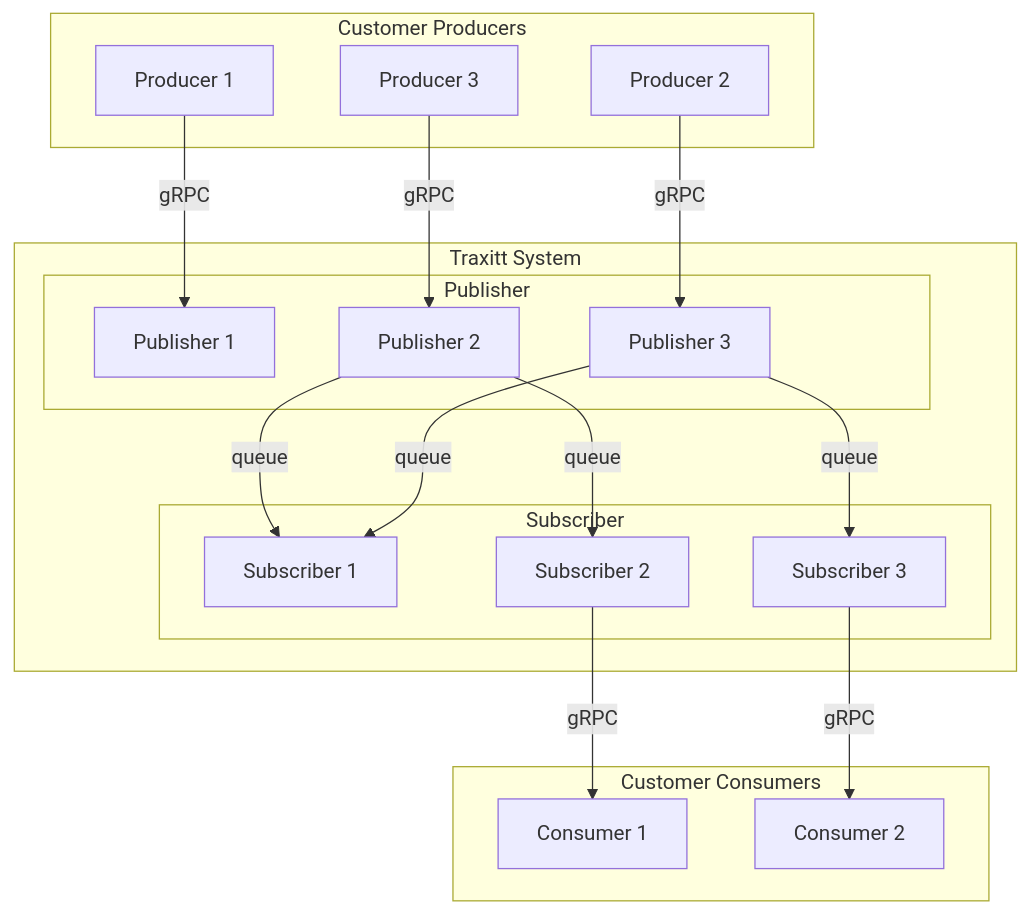
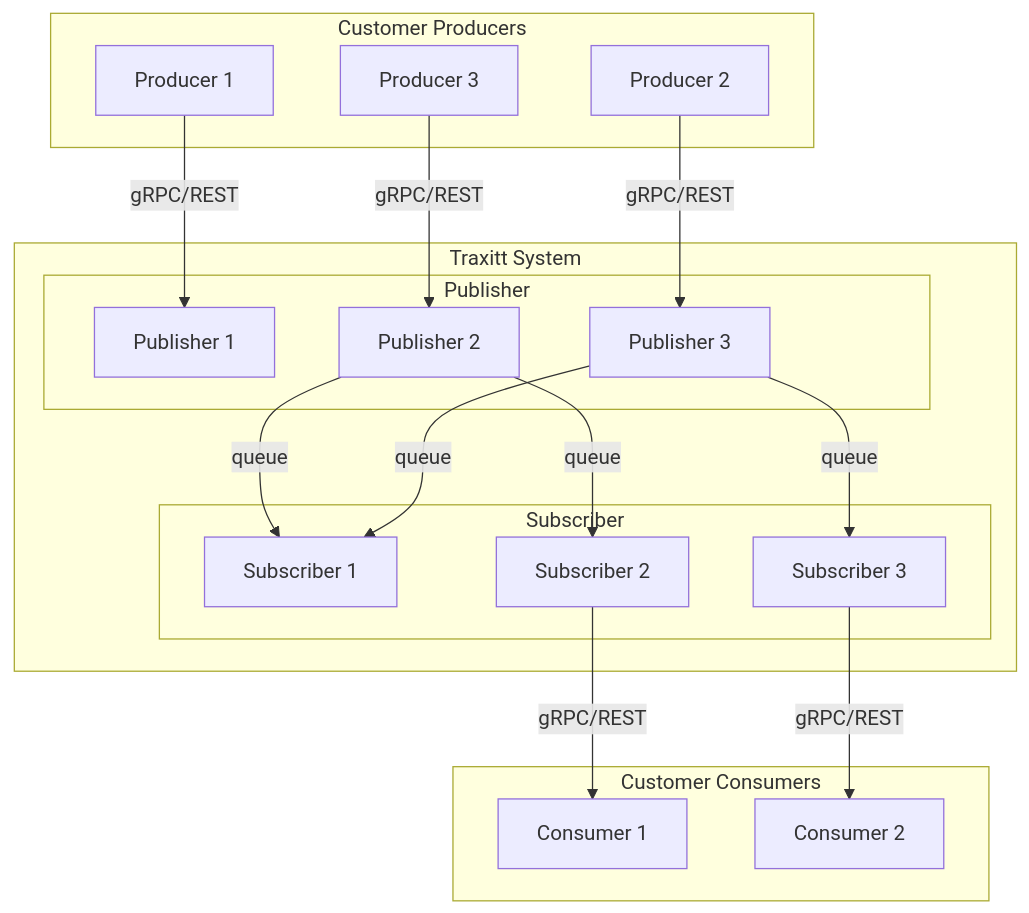
Before and after one commit to c6o/docs: the diagram in content/pubsub.md, drawn with Mermaid. The commit also changed other lines of this file, not shown here.

Commit message:
Added another consumer example. Clarified architecture. Typo fixes.

````diff
--- a/content/pubsub.md
+++ b/content/pubsub.md
@@ -15,33 +9,33 @@
 ``` mermaid
 graph TB
     subgraph Traxitt System
        subgraph Publisher
     	 	pub1[Publisher 1]
        	pub2[Publisher 2]
        	pub3[Publisher 3]
 		 end
 		 subgraph Subscriber
        	sub1[Subscriber 1]
        	sub2[Subscriber 2]
        	sub3[Subscriber 3]
 		end
     end
-	 pro1--gRPC-->pub1
-	 pro2--gRPC-->pub3
-	 pro3--gRPC-->pub2
-	 sub2--gRPC-->con1
-	 sub3--gRPC-->con2
+	 pro1--gRPC/REST-->pub1
+	 pro2--gRPC/REST-->pub3
+	 pro3--gRPC/REST-->pub2
+	 sub2--gRPC/REST-->con1
+	 sub3--gRPC/REST-->con2
 	 pub2--queue-->sub1
 	 pub2--queue-->sub2
 	 pub3--queue-->sub1
 	 pub3--queue-->sub3
     subgraph Customer Producers
        pro1[Producer 1]
 		 pro2[Producer 2]
 		 pro3[Producer 3]
     end
 	 subgraph Customer Consumers
        con1[Consumer 1]
 		 con2[Consumer 2]
     end
 ```
````
